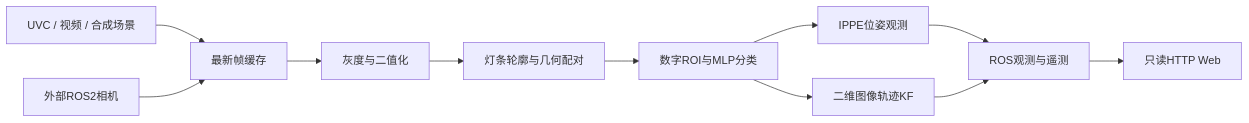
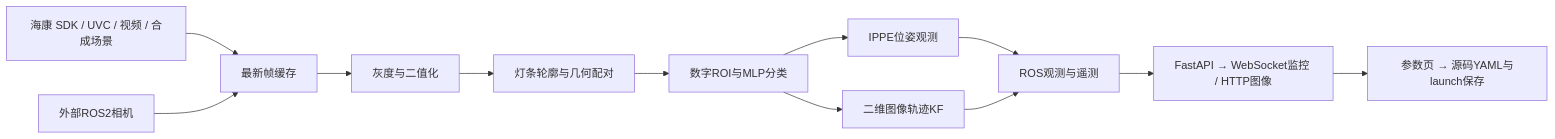
Before and after one commit to KrazyKavier123/RM_AA_TEST: the second of 2 diagrams in docs/architecture.md, drawn with Mermaid. The commit also changed other lines of this file and 87 other files, not shown here.

````diff
--- a/docs/architecture.md
+++ b/docs/architecture.md
@@ -3,13 +25,14 @@
 ```mermaid
 flowchart LR
-  A[UVC / 视频 / 合成场景] --> B[最新帧缓存]
+  A[海康 SDK / UVC / 视频 / 合成场景] --> B[最新帧缓存]
   C[外部ROS2相机] --> B
   B --> D[灰度与二值化]
   D --> E[灯条轮廓与几何配对]
   E --> F[数字ROI与MLP分类]
   F --> G[IPPE位姿观测]
   F --> H[二维图像轨迹KF]
   G --> I[ROS观测与遥测]
   H --> I
-  I --> J[只读HTTP Web]
+  I --> J[FastAPI → WebSocket监控 / HTTP图像]
+  J --> K[参数页 → 源码YAML与launch保存]
 ```
````
